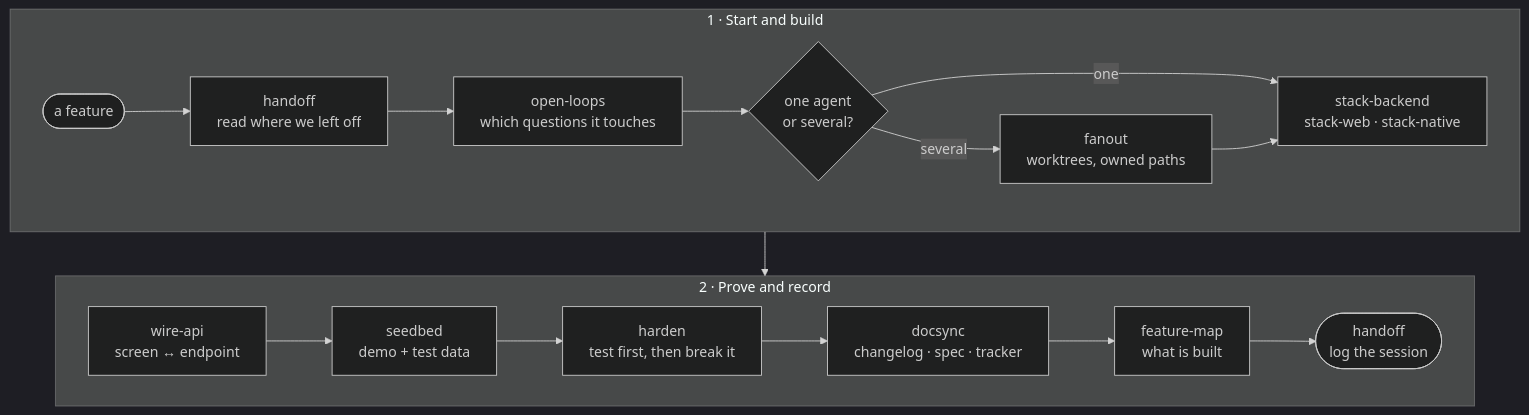
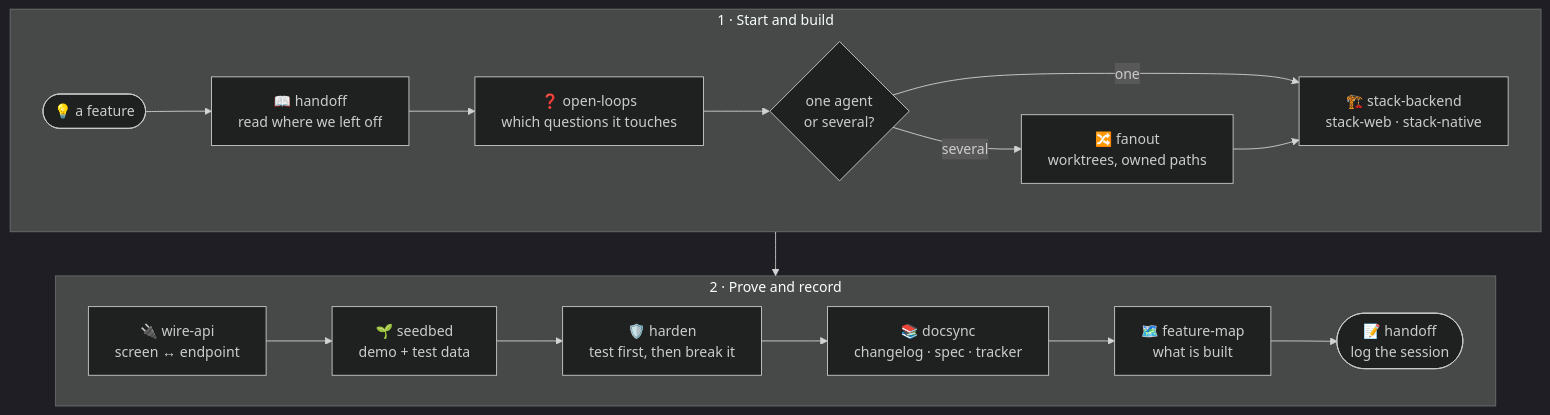
The third of 7 diagrams in README.md (kshanxs/shipkit), drawn with Mermaid (dark theme) before and after one commit. The commit also changed other lines of this file and 6 other files, not shown here.

````diff
--- a/README.md
+++ b/README.md
@@ -191,21 +191,21 @@
 ```mermaid
 flowchart TB
     subgraph plan["1 · Start and build"]
         direction LR
-        start(["a feature"]) --> handoffr["handoff<br/>read where we left off"]
-        handoffr --> loops1["open-loops<br/>which questions it touches"]
+        start(["💡 a feature"]) --> handoffr["📖 handoff<br/>read where we left off"]
+        handoffr --> loops1["❓ open-loops<br/>which questions it touches"]
         loops1 --> buildc{"one agent<br/>or several?"}
-        buildc -- one --> stack["stack-backend<br/>stack-web · stack-native"]
-        buildc -- several --> fanout["fanout<br/>worktrees, owned paths"]
+        buildc -- one --> stack["🏗️ stack-backend<br/>stack-web · stack-native"]
+        buildc -- several --> fanout["🔀 fanout<br/>worktrees, owned paths"]
         fanout --> stack
     end
     subgraph prove["2 · Prove and record"]
         direction LR
-        wire["wire-api<br/>screen ↔ endpoint"] --> seed["seedbed<br/>demo + test data"]
-        seed --> harden["harden<br/>test first, then break it"]
-        harden --> docs["docsync<br/>changelog · spec · tracker"]
-        docs --> fmap["feature-map<br/>what is built"]
-        fmap --> handoffw(["handoff<br/>log the session"])
+        wire["🔌 wire-api<br/>screen ↔ endpoint"] --> seed["🌱 seedbed<br/>demo + test data"]
+        seed --> harden["🛡️ harden<br/>test first, then break it"]
+        harden --> docs["📚 docsync<br/>changelog · spec · tracker"]
+        docs --> fmap["🗺️ feature-map<br/>what is built"]
+        fmap --> handoffw(["📝 handoff<br/>log the session"])
     end
     plan --> prove
 ```
````
